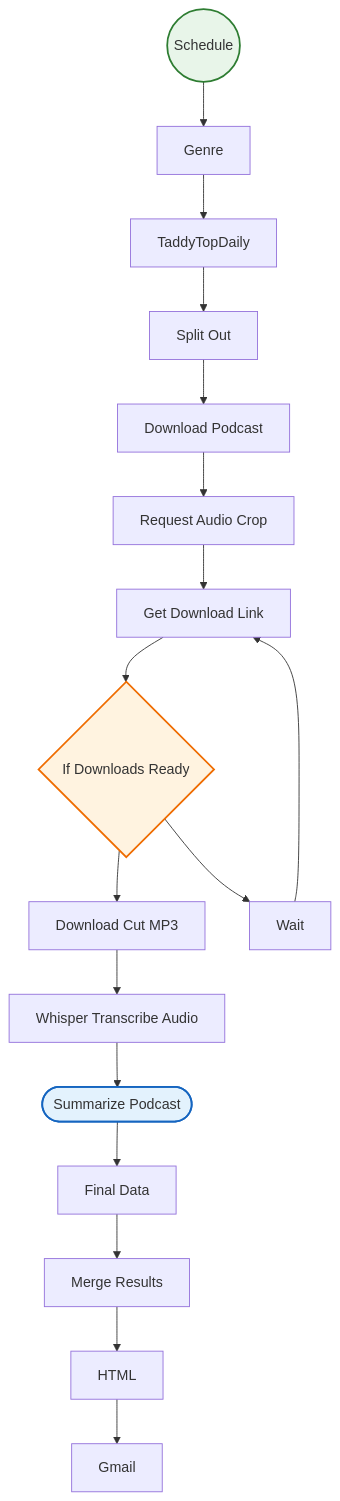
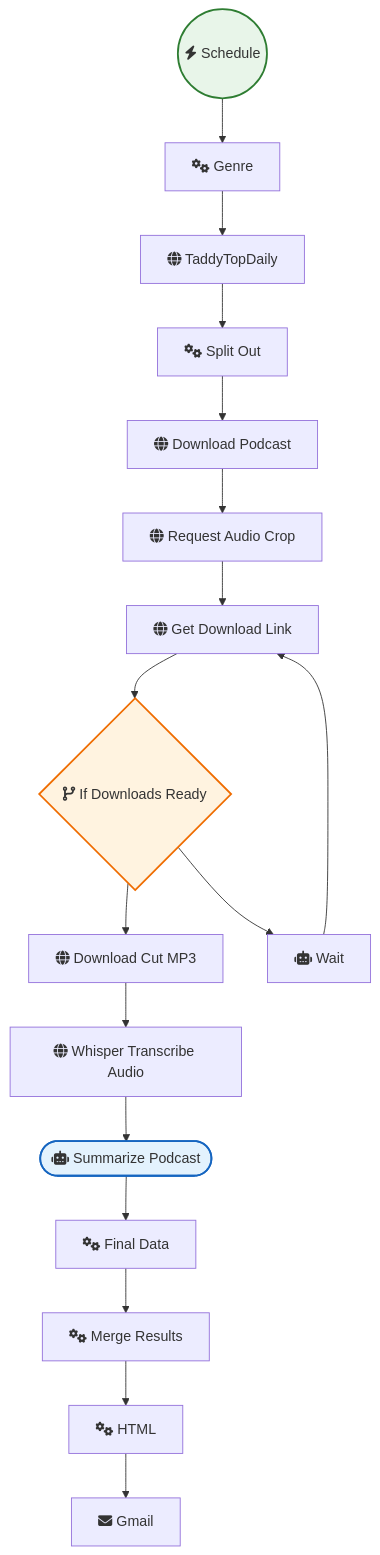
The diagram in OpenAI_and_LLMs/Daily Podcast Summary.md (sreyash3105/N8N-DEMO-AUTOMATIONS), drawn with Mermaid before and after one commit. The commit also changed 291 other files, not shown here.

````diff
--- a/OpenAI_and_LLMs/Daily Podcast Summary.md
+++ b/OpenAI_and_LLMs/Daily Podcast Summary.md
@@ -1,40 +1,40 @@
 ```mermaid
 graph TD
     classDef trigger fill:#e8f5e9,stroke:#2e7d32,stroke-width:2px;
     classDef ai fill:#e3f2fd,stroke:#1565c0,stroke-width:2px;
     classDef logic fill:#fff3e0,stroke:#ef6c00,stroke-width:2px;
 
-    Gmail["Gmail"]
-    TaddyTopDaily["TaddyTopDaily"]
-    Genre["Genre"]
-    Split_Out["Split Out"]
-    Whisper_Transcribe_Audio["Whisper Transcribe Audio"]
-    Final_Data["Final Data"]
-    Merge_Results["Merge Results"]
-    HTML["HTML"]
-    Summarize_Podcast(["Summarize Podcast"]):::ai
-    Schedule(("Schedule")):::trigger
-    Request_Audio_Crop["Request Audio Crop"]
-    Get_Download_Link["Get Download Link"]
-    Download_Cut_MP3["Download Cut MP3"]
-    Download_Podcast["Download Podcast"]
-    Wait["Wait"]
-    If_Downloads_Ready{"If Downloads Ready"}:::logic
+    Gmail["fas:fa-envelope Gmail"]
+    TaddyTopDaily["fas:fa-globe TaddyTopDaily"]
+    Genre["fas:fa-cogs Genre"]
+    Split_Out["fas:fa-cogs Split Out"]
+    Whisper_Transcribe_Audio["fas:fa-globe Whisper Transcribe Audio"]
+    Final_Data["fas:fa-cogs Final Data"]
+    Merge_Results["fas:fa-cogs Merge Results"]
+    HTML["fas:fa-cogs HTML"]
+    Summarize_Podcast(["fas:fa-robot Summarize Podcast"]):::ai
+    Schedule(("fas:fa-bolt Schedule")):::trigger
+    Request_Audio_Crop["fas:fa-globe Request Audio Crop"]
+    Get_Download_Link["fas:fa-globe Get Download Link"]
+    Download_Cut_MP3["fas:fa-globe Download Cut MP3"]
+    Download_Podcast["fas:fa-globe Download Podcast"]
+    Wait["fas:fa-robot Wait"]
+    If_Downloads_Ready{"fas:fa-code-branch If Downloads Ready"}:::logic
 
     HTML --> Gmail
     Wait --> Get_Download_Link
     Genre --> TaddyTopDaily
     Schedule --> Genre
     Split_Out --> Download_Podcast
     Final_Data --> Merge_Results
     Merge_Results --> HTML
     TaddyTopDaily --> Split_Out
     Download_Cut_MP3 --> Whisper_Transcribe_Audio
     Download_Podcast --> Request_Audio_Crop
     Get_Download_Link --> If_Downloads_Ready
     Summarize_Podcast --> Final_Data
     If_Downloads_Ready --> Download_Cut_MP3
     If_Downloads_Ready --> Wait
     Request_Audio_Crop --> Get_Download_Link
     Whisper_Transcribe_Audio --> Summarize_Podcast
 ```
````
